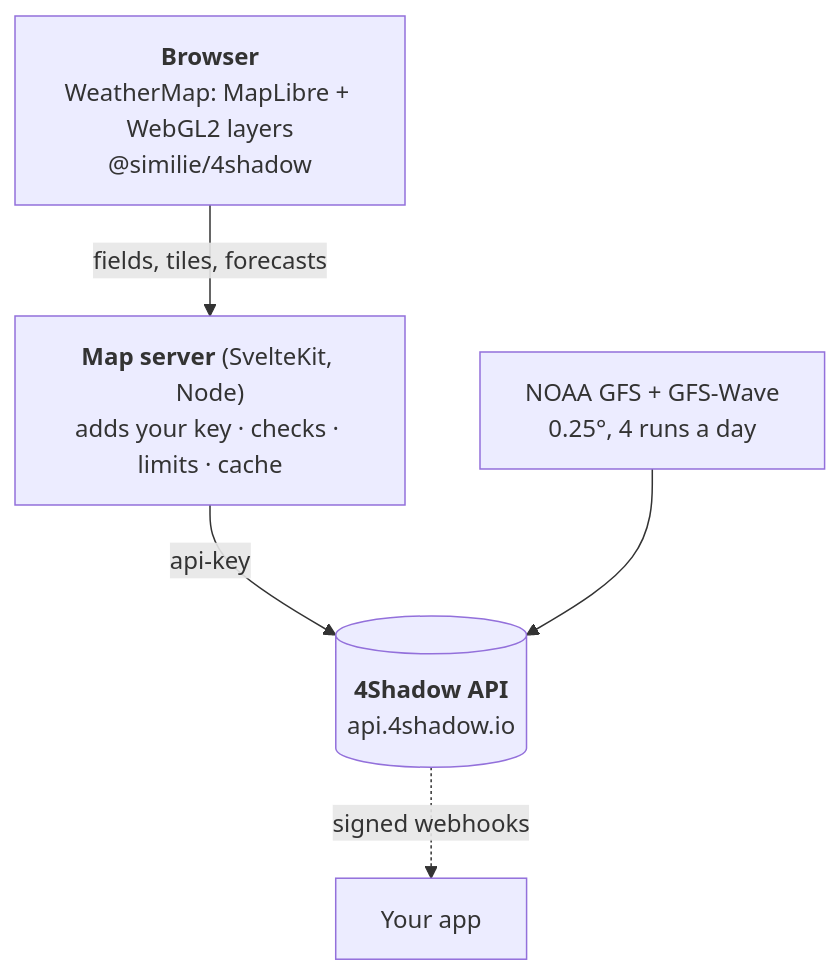
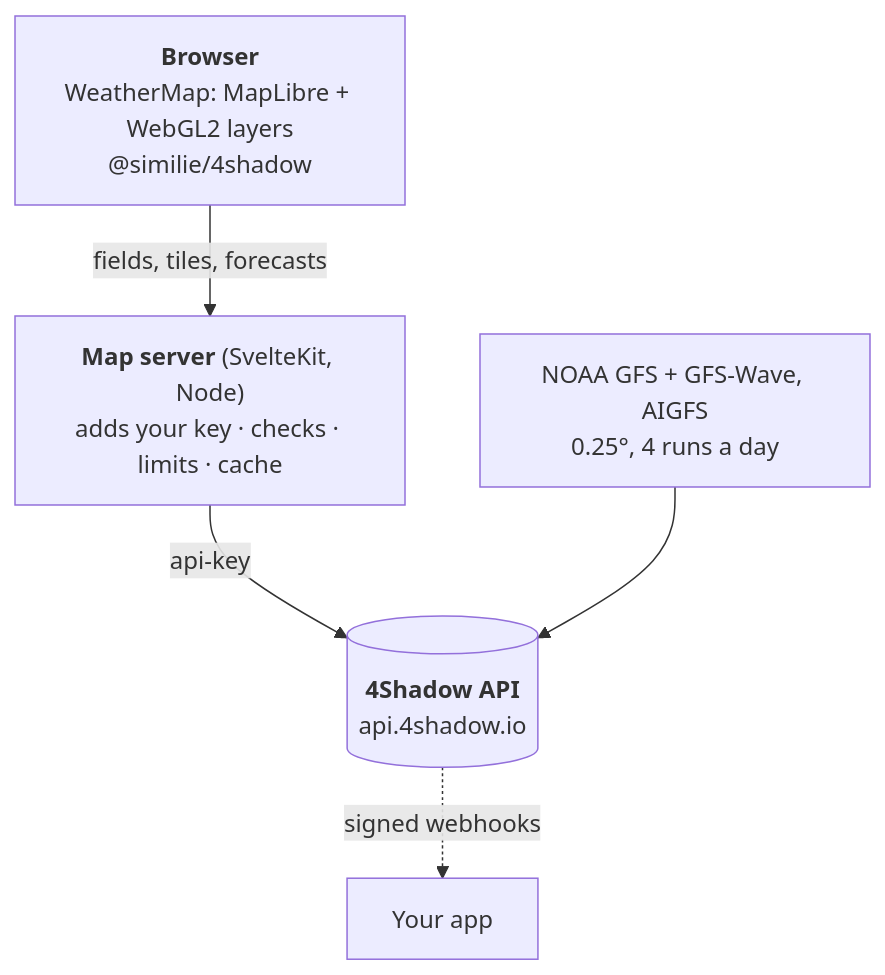
Before and after one commit to similie/4Shadow-js: the diagram in README.md, drawn with Mermaid. The commit also changed other lines of this file and 13 other files, not shown here.

First line of the commit message:
Map lab: new layers, a GFS/AIGFS switch, land-only clipping

````diff
--- a/README.md
+++ b/README.md
@@ -132,11 +132,11 @@
 ```mermaid
 flowchart TB
   map["<b>Browser</b><br/>WeatherMap: MapLibre + WebGL2 layers<br/>@similie/4shadow"]
   door["<b>Map server</b> (SvelteKit, Node)<br/>adds your key · checks · limits · cache"]
   api[("<b>4Shadow API</b><br/>api.4shadow.io")]
-  gfs["NOAA GFS + GFS-Wave<br/>0.25°, 4 runs a day"]
+  gfs["NOAA GFS + GFS-Wave, AIGFS<br/>0.25°, 4 runs a day"]
   hooks["Your app"]
   map -- "fields, tiles, forecasts" --> door -- "api-key" --> api
   gfs --> api
   api -. "signed webhooks" .-> hooks
 ```
````
